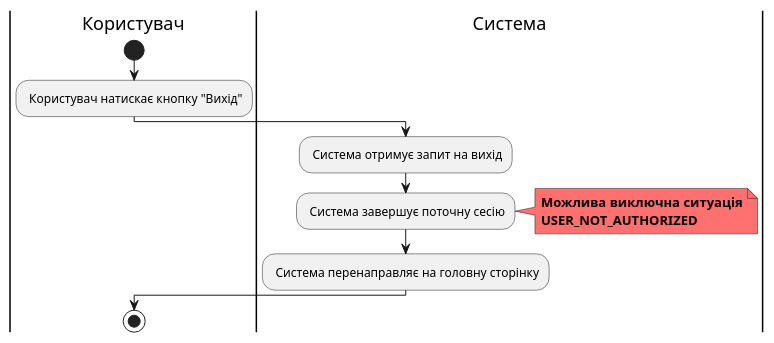
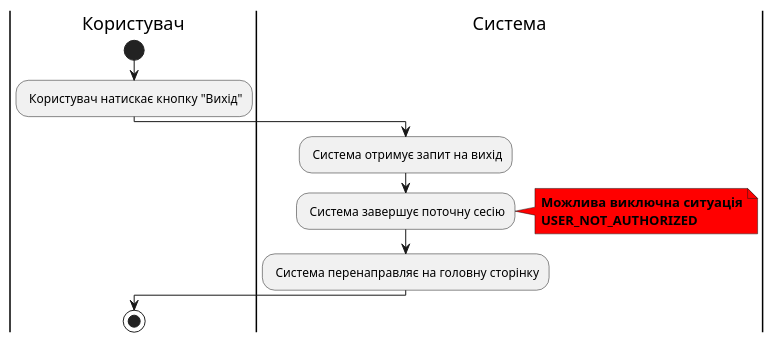
The seventh of 14 diagrams in docs/use_cases.md (zhkcll/lab6), drawn with PlantUML before and after one commit. The commit also changed other lines of this file, not shown here.

````diff
--- a/docs/use_cases.md
+++ b/docs/use_cases.md
@@ -213,23 +215,23 @@
 ```plantuml
 @startuml
 
 |Користувач|
 start
 : Користувач натискає кнопку "Вихід";
 
 |Система|
 : Система отримує запит на вихід;
 : Система завершує поточну сесію;
 
-note right #ff7070
+note right #ff0000
 <b>Можлива виключна ситуація</b>
 <b>USER_NOT_AUTHORIZED</b>
 end note
 
 : Система перенаправляє на головну сторінку;
 
 |Користувач|
 stop
 
 @enduml
 ```
````
